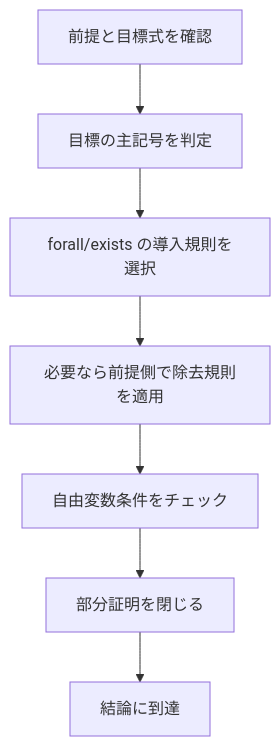
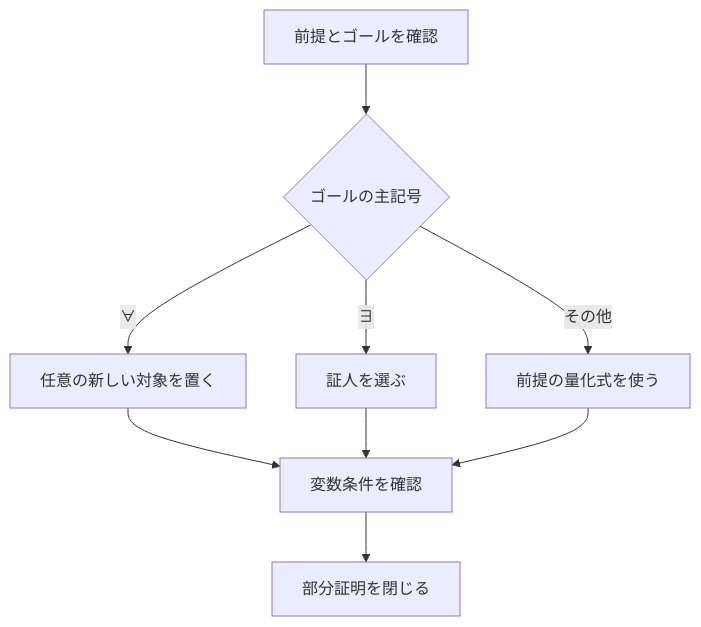
Before and after one commit to daysUlab/Learning_with_Codex: the diagram in logic_tower/02_predicate_logic/03_proofs.md, drawn with Mermaid. The commit also changed other lines of this file and 1 other file, not shown here.

````diff
--- a/logic_tower/02_predicate_logic/03_proofs.md
+++ b/logic_tower/02_predicate_logic/03_proofs.md
@@ -24,9 +25,11 @@
 ```mermaid
 flowchart TD
-    A[前提と目標式を確認] --> B[目標の主記号を判定]
-    B --> C[forall/exists の導入規則を選択]
-    C --> D[必要なら前提側で除去規則を適用]
-    D --> E[自由変数条件をチェック]
-    E --> F[部分証明を閉じる]
-    F --> G[結論に到達]
+    A["前提とゴールを確認"] --> B{"ゴールの主記号"}
+    B -->|"∀"| C["任意の新しい対象を置く"]
+    B -->|"∃"| D["証人を選ぶ"]
+    B -->|"その他"| E["前提の量化式を使う"]
+    C --> F["変数条件を確認"]
+    D --> F
+    E --> F
+    F --> G["部分証明を閉じる"]
 ```
````
